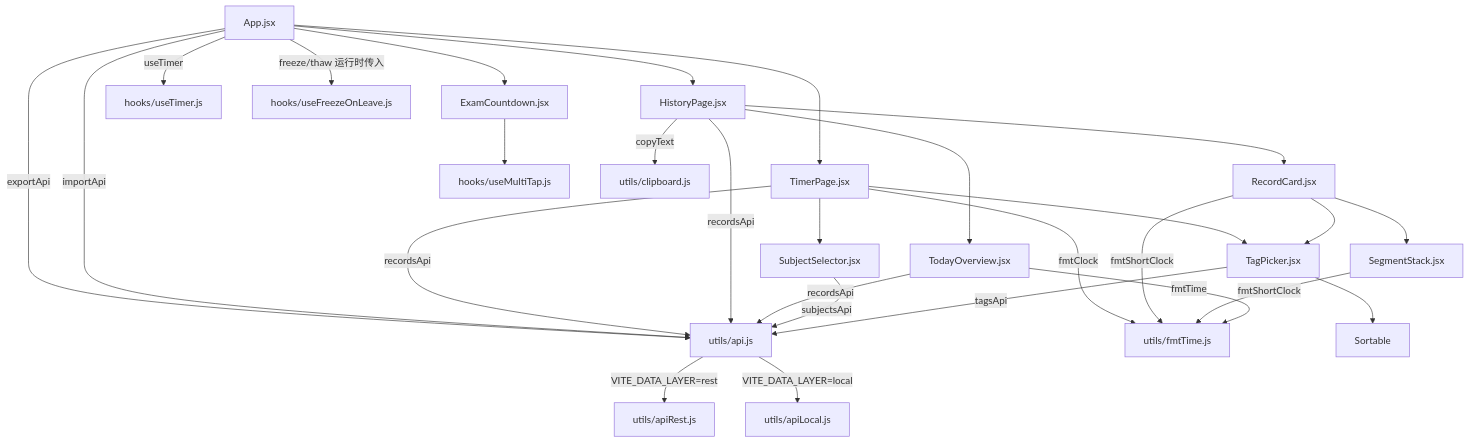
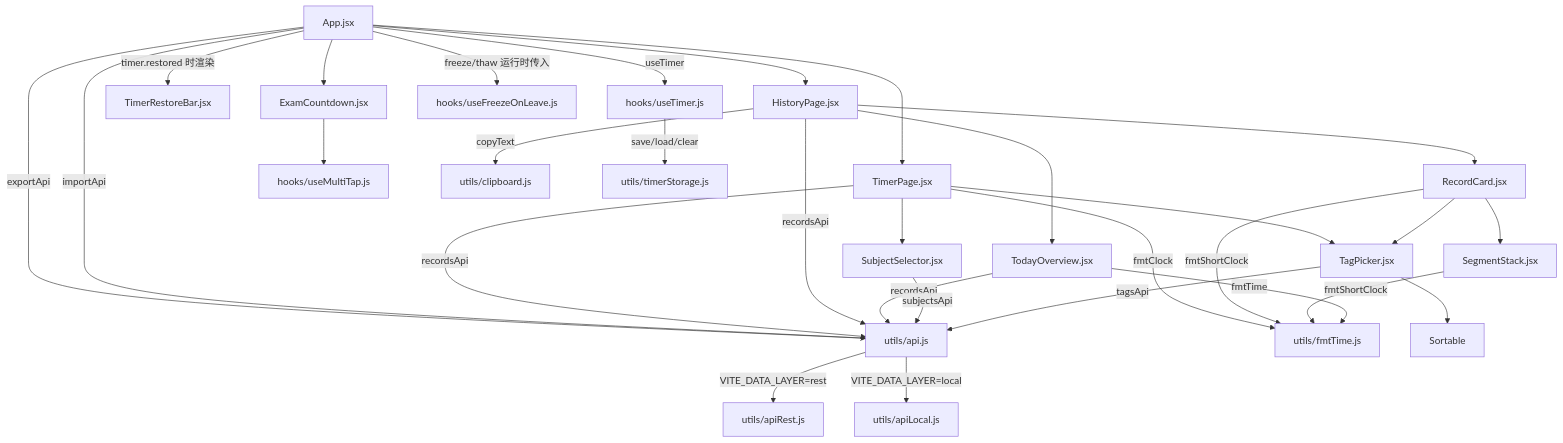
One commit to baobingwen/FOCUS changed the diagram in code/client/docs/CODE_STRUCTURE.md. Above: the diagram before and after it, drawn with Mermaid. The commit also changed other lines of this file and 16 other files, not shown here.

````diff
--- a/code/client/docs/CODE_STRUCTURE.md
+++ b/code/client/docs/CODE_STRUCTURE.md
@@ -9,60 +9,65 @@
 ```mermaid
 graph TD
     %% 组件
     App[App.jsx]
     TimerPage[TimerPage.jsx]
     HistoryPage[HistoryPage.jsx]
     RecordCard[RecordCard.jsx]
     SegmentStack[SegmentStack.jsx]
     SubjectSelector[SubjectSelector.jsx]
     TagPicker[TagPicker.jsx]
     TodayOverview[TodayOverview.jsx]
     ExamCountdown[ExamCountdown.jsx]
+    TimerRestoreBar[TimerRestoreBar.jsx]
     %% hooks
     useTimer[hooks/useTimer.js]
     useFreeze[hooks/useFreezeOnLeave.js]
     useMultiTap[hooks/useMultiTap.js]
     %% utils
     api[utils/api.js]
     apiRest[utils/apiRest.js]
     apiLocal[utils/apiLocal.js]
     clipboard[utils/clipboard.js]
     fmtTime[utils/fmtTime.js]
+    timerStorage[utils/timerStorage.js]
 
     App -->|useTimer| useTimer
     App -->|freeze/thaw 运行时传入| useFreeze
     App --> TimerPage
     App --> HistoryPage
     App --> ExamCountdown
+    App -->|timer.restored 时渲染| TimerRestoreBar
     App -->|exportApi| api
     App -->|importApi| api
+
+    useTimer -->|save/load/clear| timerStorage
 
     TimerPage --> SubjectSelector
     TimerPage --> TagPicker
     TimerPage -->|recordsApi| api
     TimerPage -->|fmtClock| fmtTime
 
     HistoryPage --> TodayOverview
     HistoryPage --> RecordCard
     HistoryPage -->|recordsApi| api
     HistoryPage -->|copyText| clipboard
 
     RecordCard --> TagPicker
     RecordCard --> SegmentStack
     RecordCard -->|fmtShortClock| fmtTime
 
     SegmentStack -->|fmtShortClock| fmtTime
 
     TodayOverview -->|recordsApi| api
     TodayOverview -->|fmtTime| fmtTime
 
     SubjectSelector -->|subjectsApi| api
     TagPicker -->|tagsApi| api
     TagPicker --> Sortable
 
     ExamCountdown --> useMultiTap
 
     %% 数据层分发：组件只依赖 api 统一入口
     api -->|VITE_DATA_LAYER=rest| apiRest
     api -->|VITE_DATA_LAYER=local| apiLocal
 ```
````
